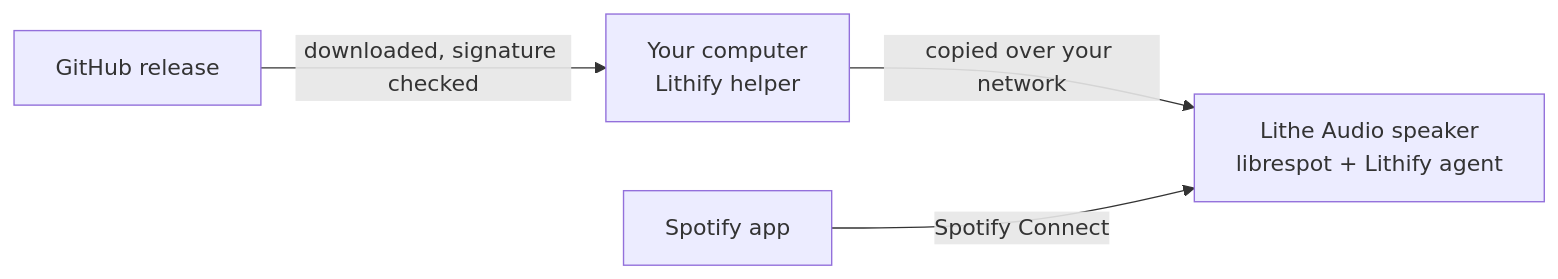
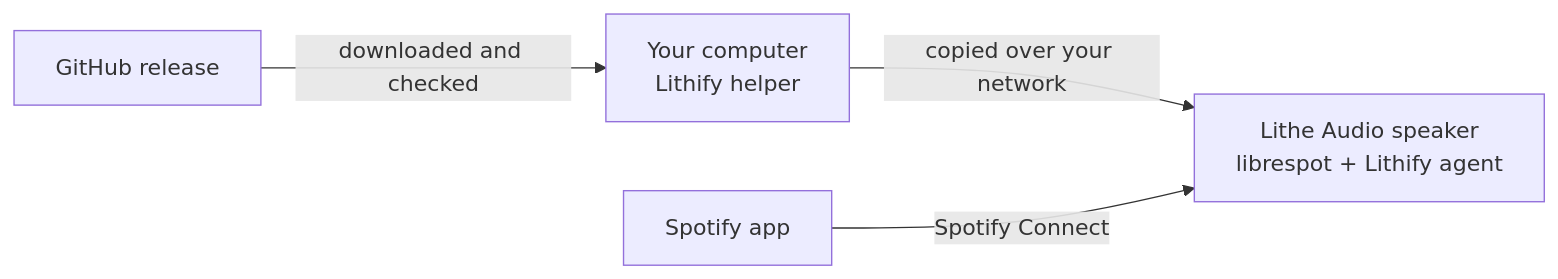
The diagram in README.md (TomaszKondraciuk/lithify), drawn with Mermaid before and after one commit. The commit also changed other lines of this file and 11 other files, not shown here.

````diff
--- a/README.md
+++ b/README.md
@@ -141,6 +141,6 @@
 ```mermaid
 flowchart LR
-    release["GitHub release"] -- "downloaded, signature checked" --> computer["Your computer<br>Lithify helper"]
+    release["GitHub release"] -- "downloaded and checked" --> computer["Your computer<br>Lithify helper"]
     computer -- "copied over your network" --> speaker["Lithe Audio speaker<br>librespot + Lithify agent"]
     app["Spotify app"] -- "Spotify Connect" --> speaker
 ```
````
